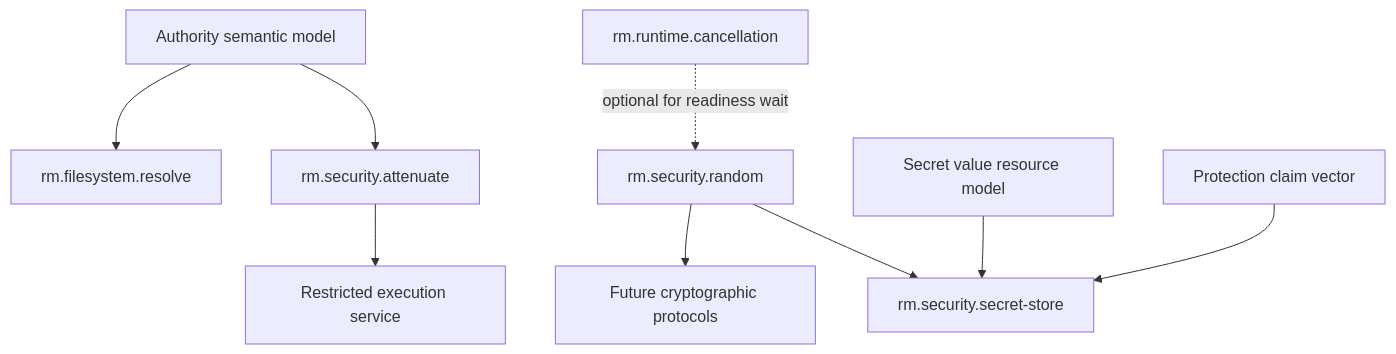
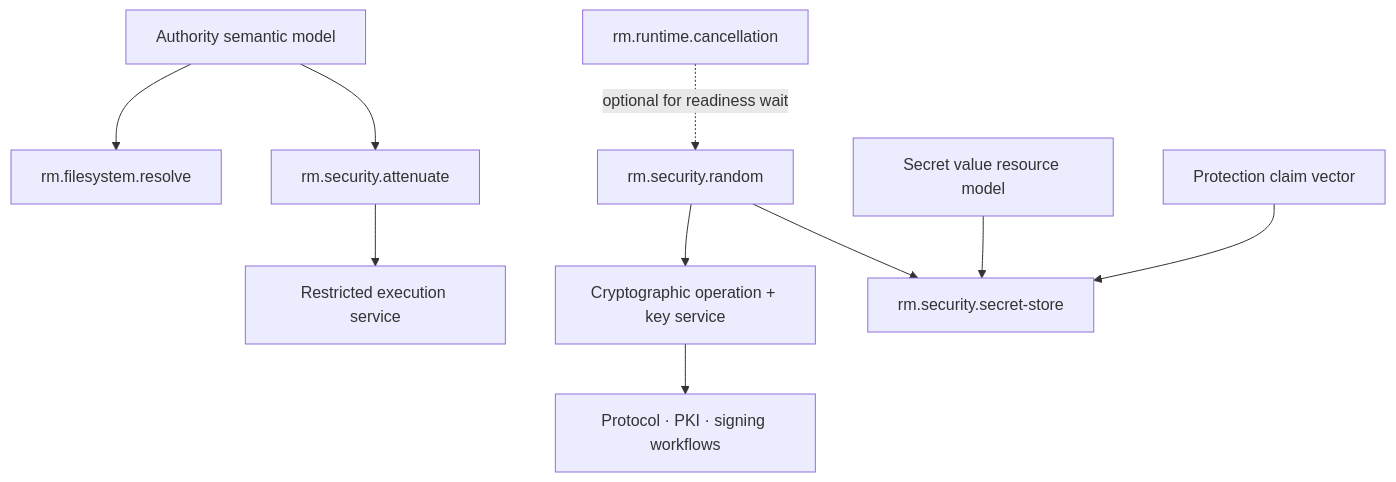
The second of 2 diagrams in docs/02-capabilities/security/README.md (Rusty-Mill/rusty_foundation_akb), drawn with Mermaid before and after one commit. The commit also changed other lines of this file and 21 other files, not shown here.

Commit message:
define cryptographic operation foundations

````diff
--- a/docs/02-capabilities/security/README.md
+++ b/docs/02-capabilities/security/README.md
@@ -45,12 +45,13 @@
 ```mermaid
 flowchart TD
     Model["Authority semantic model"] --> Resolve["rm.filesystem.resolve"]
     Model --> Attenuate["rm.security.attenuate"]
     Attenuate --> Isolation["Restricted execution service"]
     Random["rm.security.random"]
     Cancel["rm.runtime.cancellation"] -.->|"optional for readiness wait"| Random
-    Random --> FutureCrypto["Future cryptographic protocols"]
+    Random --> Crypto["Cryptographic operation + key service"]
+    Crypto --> FutureCrypto["Protocol · PKI · signing workflows"]
     Random --> Store["rm.security.secret-store"]
     SecretValue["Secret value resource model"] --> Store
     Claims["Protection claim vector"] --> Store
 ```
````
